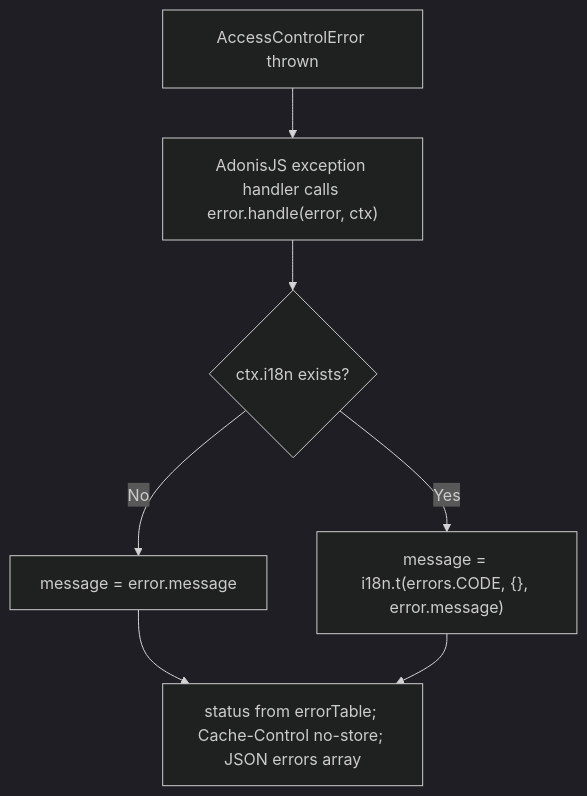
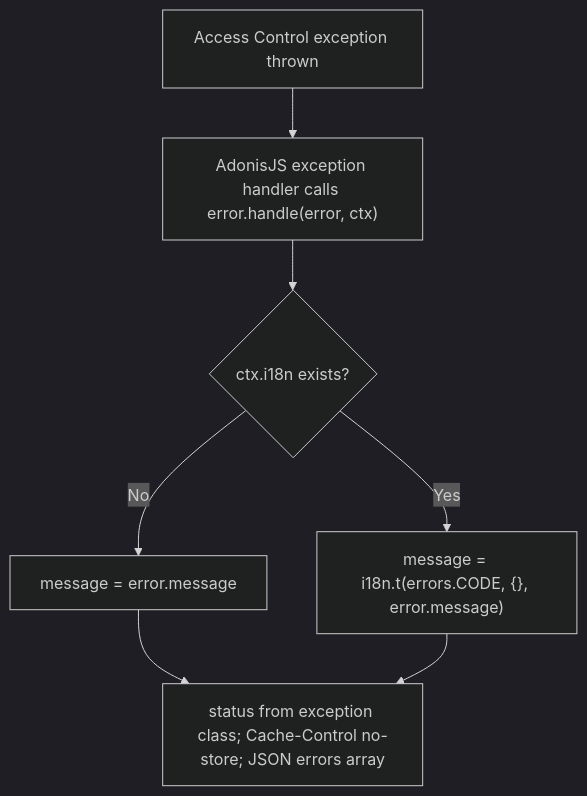
One commit to Kevinjohn/oss-adonisjs-access-control changed the second of 2 diagrams in user-stories/US-ACCESS-27-localize-error-responses.md. Above: the diagram before and after it, drawn with Mermaid (dark theme). The commit also changed other lines of this file and 37 other files, not shown here.

Commit message:
Adopt exception classes and document public calls

````diff
--- a/user-stories/US-ACCESS-27-localize-error-responses.md
+++ b/user-stories/US-ACCESS-27-localize-error-responses.md
@@ -40,9 +40,9 @@
 ```mermaid
 flowchart TD
-    A["AccessControlError thrown"] --> B["AdonisJS exception handler calls error.handle(error, ctx)"]
+    A["Access Control exception thrown"] --> B["AdonisJS exception handler calls error.handle(error, ctx)"]
     B --> C{"ctx.i18n exists?"}
     C -->|No| D["message = error.message"]
     C -->|Yes| E["message = i18n.t(errors.CODE, {}, error.message)"]
-    D --> F["status from errorTable; Cache-Control no-store; JSON errors array"]
+    D --> F["status from exception class; Cache-Control no-store; JSON errors array"]
     E --> F
 ```
````
